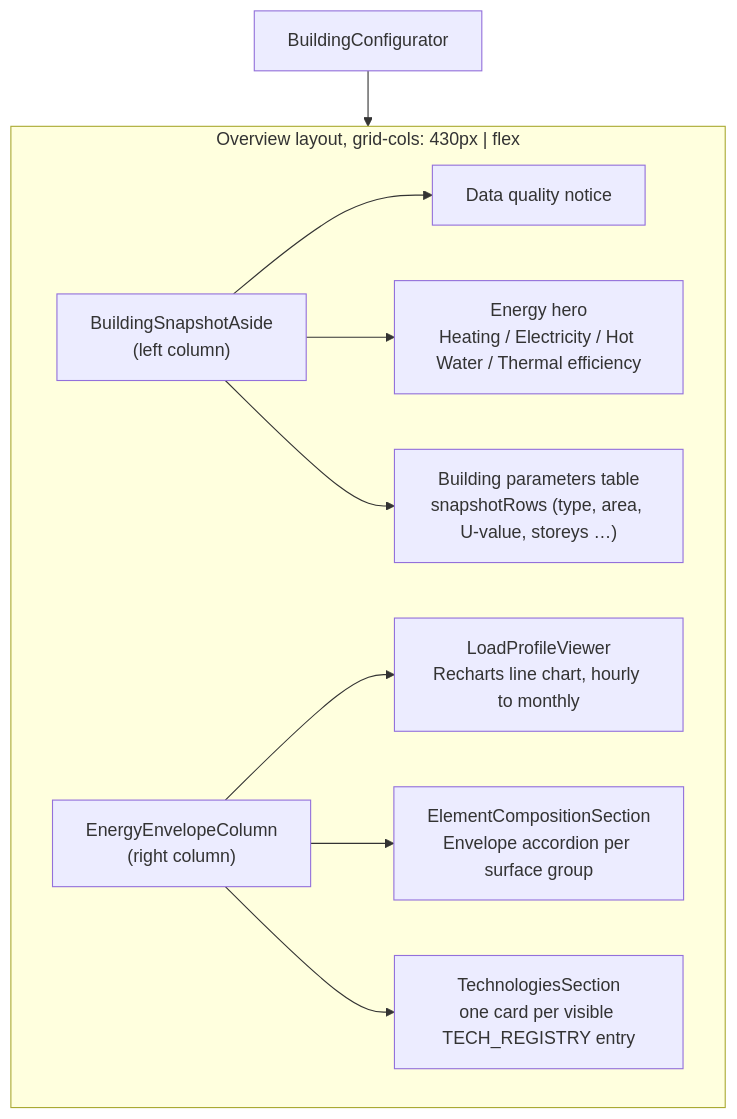
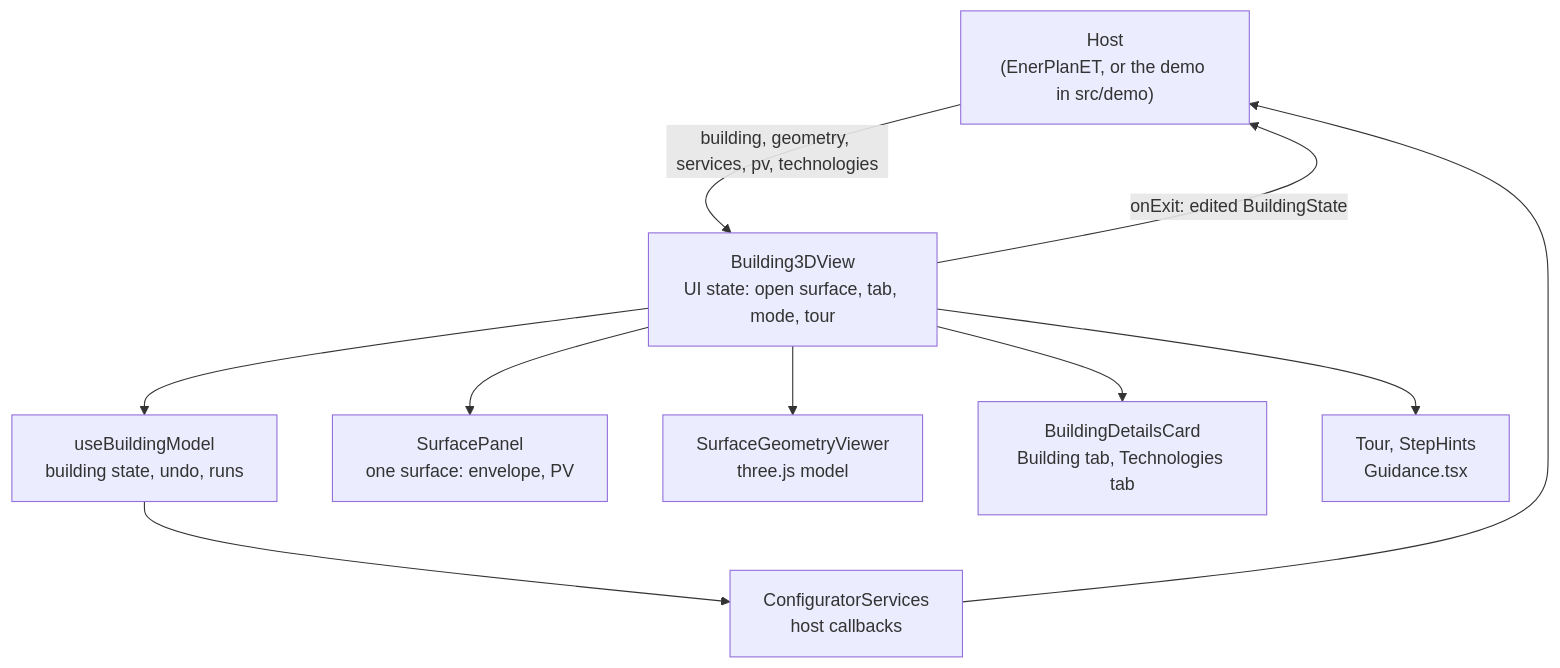
Before and after one commit to THD-Spatial-AI/building-configurator: the diagram in docs/architecture.md, drawn with Mermaid. The commit also changed other lines of this file and 2 other files, not shown here.

First line of the commit message:
docs: describe the 3D view in the architecture and terminology pages

````diff
--- a/docs/architecture.md
+++ b/docs/architecture.md
@@ -33,19 +13,21 @@
 ```mermaid
 graph TD
-    BC["BuildingConfigurator"]
+    Host["Host<br>(EnerPlanET, or the demo in src/demo)"]
+    View["Building3DView<br>UI state: open surface, tab, mode, tour"]
+    Model["useBuildingModel<br>building state, undo, runs"]
+    Panel["SurfacePanel<br>one surface: envelope, PV"]
+    Viewer["SurfaceGeometryViewer<br>three.js model"]
+    Details["BuildingDetailsCard<br>Building tab, Technologies tab"]
+    Guide["Tour, StepHints<br>Guidance.tsx"]
+    Services["ConfiguratorServices<br>host callbacks"]
 
-    subgraph OV["Overview layout, grid-cols: 430px | flex"]
-        BSA["BuildingSnapshotAside<br>(left column)"]
-        EEC["EnergyEnvelopeColumn<br>(right column)"]
-
-        BSA --> N1["Data quality notice"]
-        BSA --> N2["Energy hero<br>Heating / Electricity / Hot Water / Thermal efficiency"]
-        BSA --> N3["Building parameters table<br>snapshotRows (type, area, U-value, storeys …)"]
-
-        EEC --> LPV["LoadProfileViewer<br>Recharts line chart, hourly to monthly"]
-        EEC --> ECS["ElementCompositionSection<br>Envelope accordion per surface group"]
-        EEC --> TS["TechnologiesSection<br>one card per visible TECH_REGISTRY entry"]
-    end
-
-    BC --> OV
+    Host -->|building, geometry, services, pv, technologies| View
+    View -->|onExit: edited BuildingState| Host
+    View --> Model
+    View --> Panel
+    View --> Viewer
+    View --> Details
+    View --> Guide
+    Model --> Services
+    Services --> Host
 ```
````
